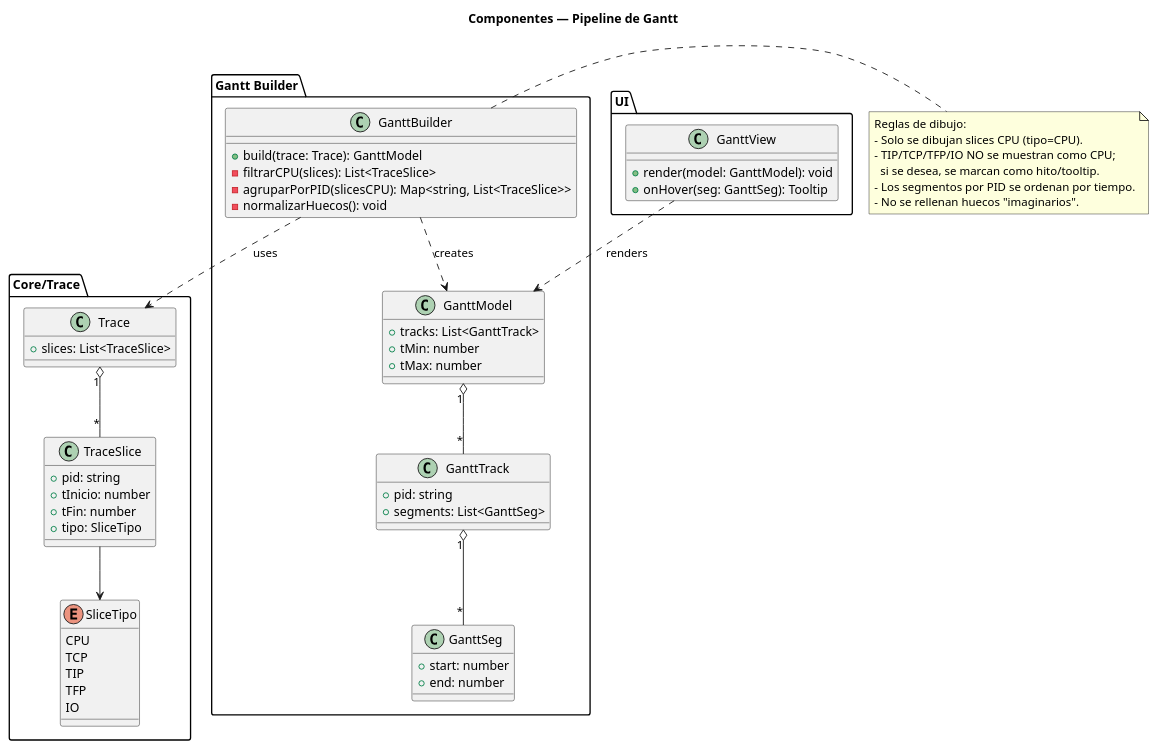
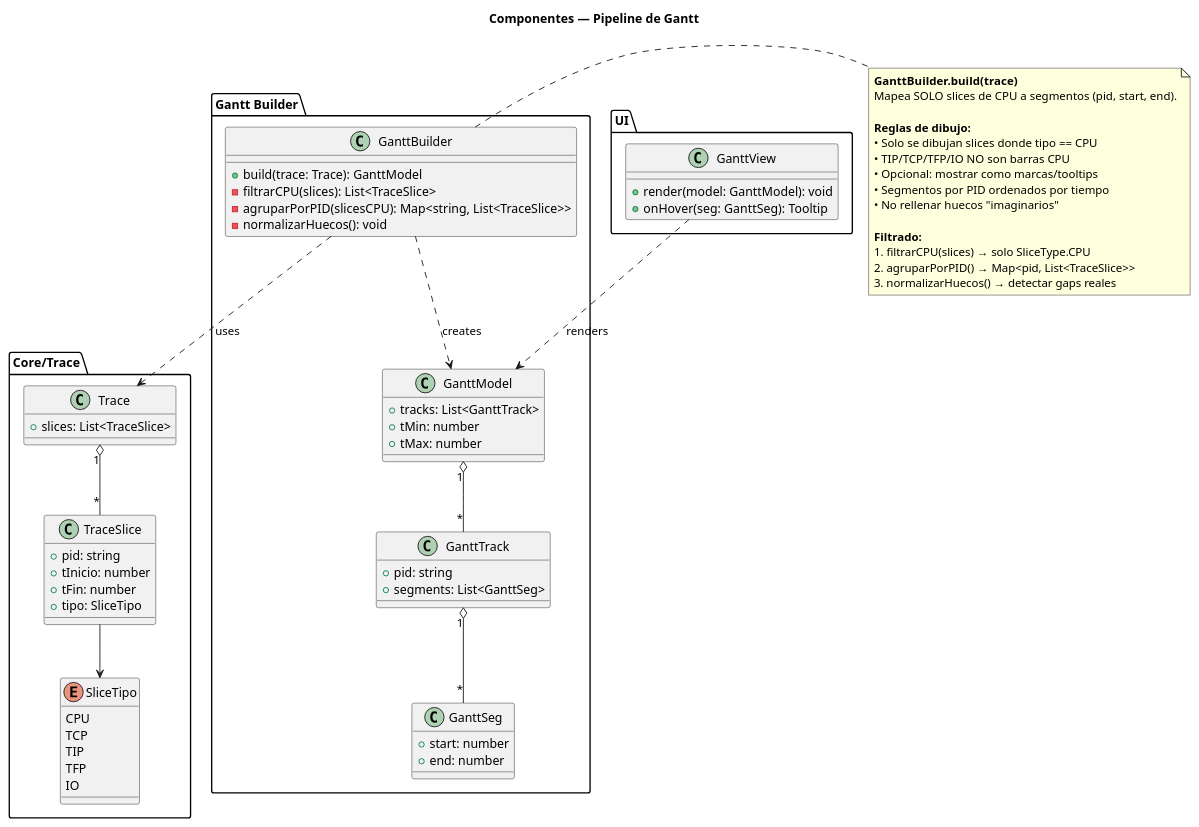
The diagram in diagramas/componentesGantt.puml (micaelaalvaradomendez/planificacionProcesador), drawn with PlantUML before and after one commit. The commit also changed 173 other files, not shown here.

```diff
--- a/diagramas/componentesGantt.puml
+++ b/diagramas/componentesGantt.puml
@@ -1,68 +1,76 @@
 @startuml componentes-gantt
 title Componentes — Pipeline de Gantt
 
 package "Core/Trace" {
   class Trace {
     +slices: List<TraceSlice>
   }
   class TraceSlice {
     +pid: string
     +tInicio: number
     +tFin: number
     +tipo: SliceTipo
   }
   enum SliceTipo {
     CPU
     TCP
     TIP
     TFP
     IO
   }
 }
 
 package "Gantt Builder" {
   class GanttBuilder {
     +build(trace: Trace): GanttModel
     -filtrarCPU(slices): List<TraceSlice>
     -agruparPorPID(slicesCPU): Map<string, List<TraceSlice>>
     -normalizarHuecos(): void
   }
   class GanttModel {
     +tracks: List<GanttTrack>
     +tMin: number
     +tMax: number
   }
   class GanttTrack {
     +pid: string
     +segments: List<GanttSeg>
   }
   class GanttSeg {
     +start: number
     +end: number
   }
 }
 
 package "UI" {
   class GanttView {
     +render(model: GanttModel): void
     +onHover(seg: GanttSeg): Tooltip
   }
 }
 
 Trace "1" o-- "*" TraceSlice
 TraceSlice --> SliceTipo
 GanttBuilder ..> Trace : uses
 GanttBuilder ..> GanttModel : creates
 GanttModel "1" o-- "*" GanttTrack
 GanttTrack "1" o-- "*" GanttSeg
 GanttView ..> GanttModel : renders
 
 note right of GanttBuilder
-Reglas de dibujo:
-- Solo se dibujan slices CPU (tipo=CPU).
-- TIP/TCP/TFP/IO NO se muestran como CPU;
-  si se desea, se marcan como hito/tooltip.
-- Los segmentos por PID se ordenan por tiempo.
-- No se rellenan huecos "imaginarios".
+**GanttBuilder.build(trace)**
+Mapea SOLO slices de CPU a segmentos (pid, start, end).
+
+**Reglas de dibujo:**
+• Solo se dibujan slices donde tipo == CPU
+• TIP/TCP/TFP/IO NO son barras CPU
+• Opcional: mostrar como marcas/tooltips
+• Segmentos por PID ordenados por tiempo
+• No rellenar huecos "imaginarios"
+
+**Filtrado:**
+1. filtrarCPU(slices) → solo SliceType.CPU
+2. agruparPorPID() → Map<pid, List<TraceSlice>>
+3. normalizarHuecos() → detectar gaps reales
 end note
 @enduml
```
